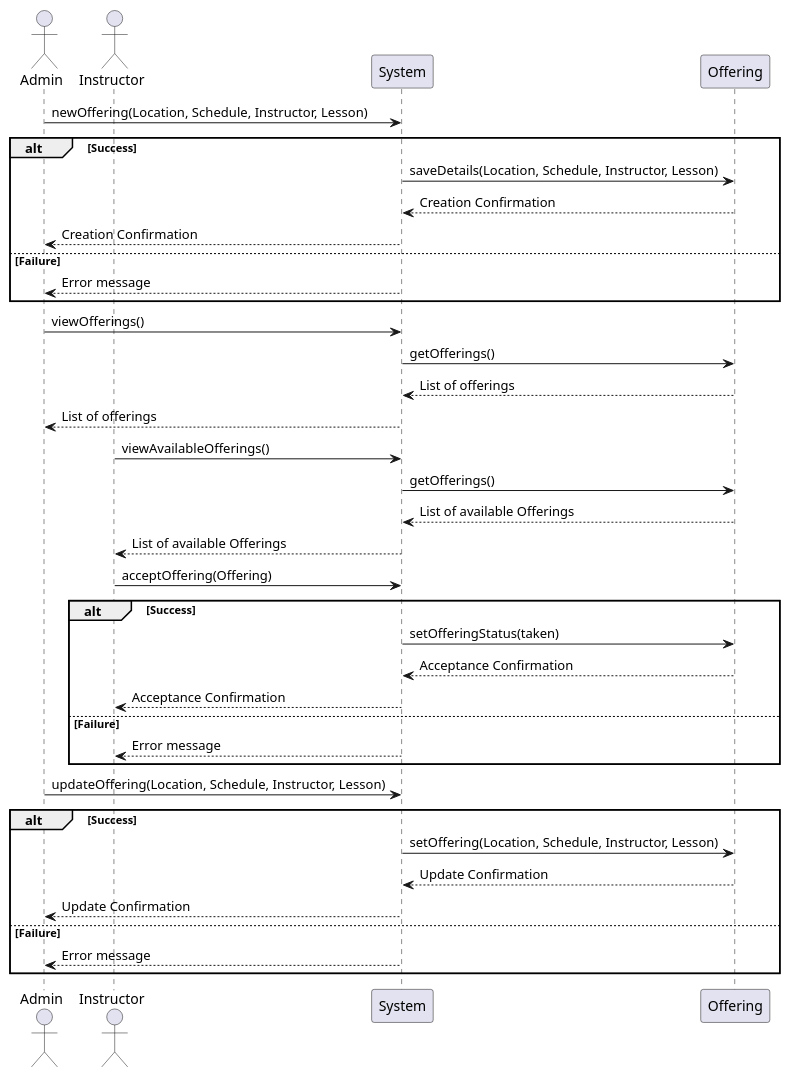
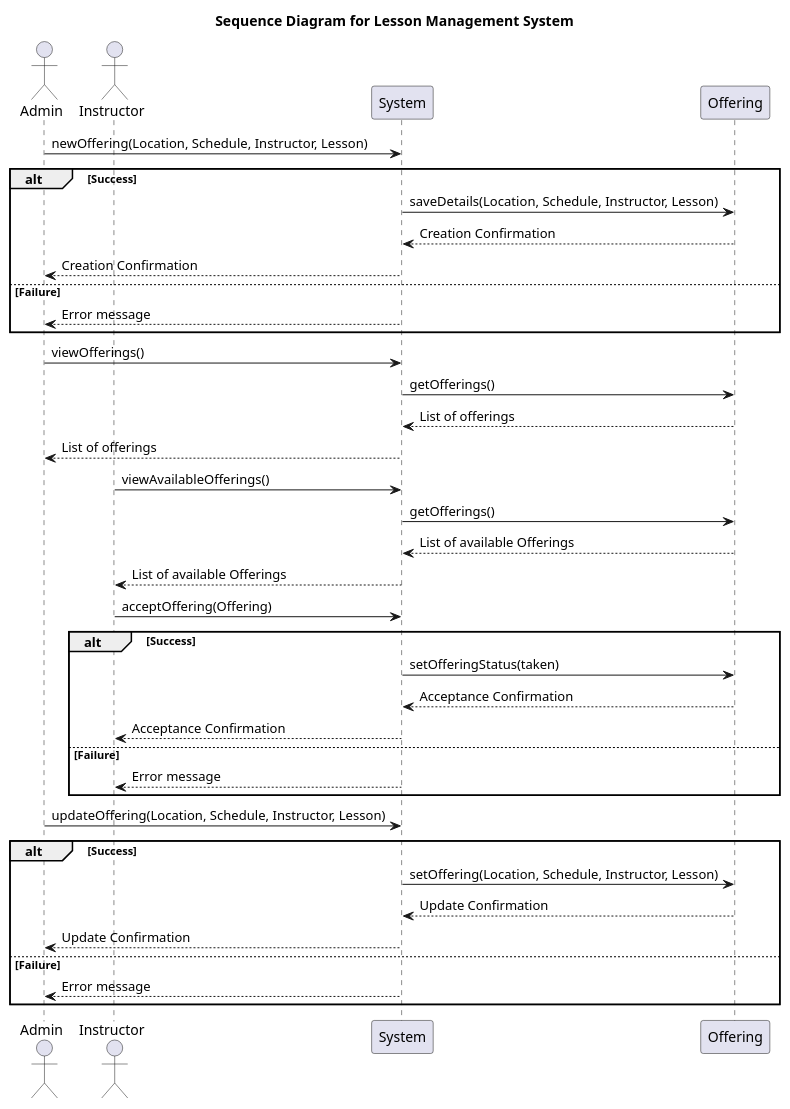
The diagram in diagrams/src/sequencediagram.pu (NathanGrenier/SOEN-342-Project), drawn with PlantUML before and after one commit.

```diff
--- a/diagrams/src/sequencediagram.pu
+++ b/diagrams/src/sequencediagram.pu
@@ -1,45 +1,46 @@
 @startuml
+title Sequence Diagram for Lesson Management System
 
 actor Admin
 actor Instructor
 participant System
 participant Offering
 
 Admin -> System: newOffering(Location, Schedule, Instructor, Lesson)
 alt Success
     System -> Offering: saveDetails(Location, Schedule, Instructor, Lesson)
     Offering --> System: Creation Confirmation
     System --> Admin: Creation Confirmation
 else Failure
     System --> Admin: Error message
 end
 
 Admin -> System: viewOfferings()
 System -> Offering: getOfferings()
 Offering --> System: List of offerings
 System --> Admin: List of offerings
 
 Instructor -> System: viewAvailableOfferings()
 System -> Offering: getOfferings()
 Offering --> System: List of available Offerings
 System --> Instructor: List of available Offerings
 
 Instructor -> System: acceptOffering(Offering)
 alt Success
     System -> Offering: setOfferingStatus(taken)
     Offering --> System: Acceptance Confirmation
     System --> Instructor: Acceptance Confirmation
 else Failure
     System --> Instructor: Error message
 end
 
 Admin -> System: updateOffering(Location, Schedule, Instructor, Lesson)
 alt Success
     System -> Offering: setOffering(Location, Schedule, Instructor, Lesson)
     Offering --> System: Update Confirmation
     System --> Admin: Update Confirmation
 else Failure
     System --> Admin: Error message
 end
 
 @enduml
```
